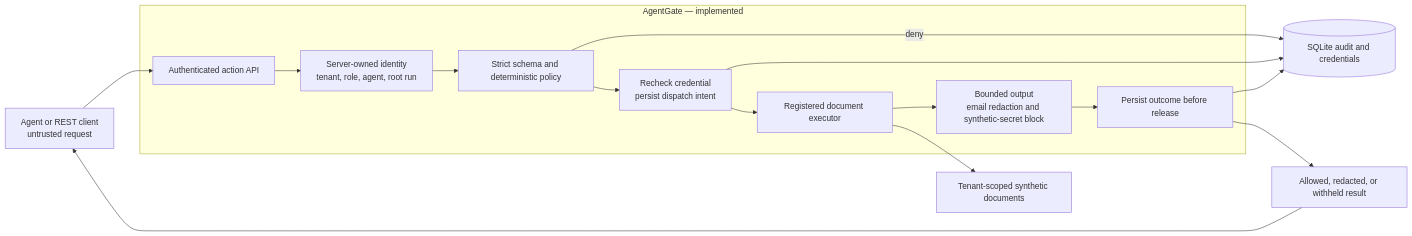
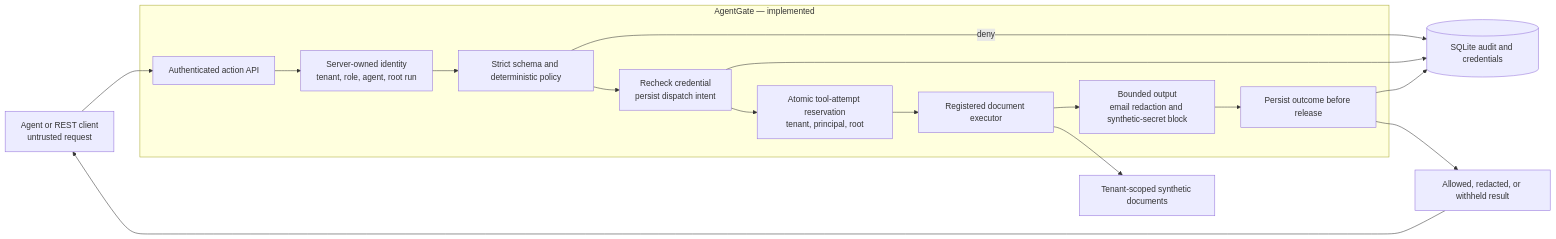
One commit to bsisduck/laya-layer changed the first of 3 diagrams in docs/architecture.md. Above: the diagram before and after it, drawn with Mermaid. The commit also changed other lines of this file and 21 other files, not shown here.

````diff
--- a/docs/architecture.md
+++ b/docs/architecture.md
@@ -9,18 +9,19 @@
 ```mermaid
 flowchart LR
     Client["Agent or REST client<br/>untrusted request"] --> API["Authenticated action API"]
     subgraph Gateway["AgentGate — implemented"]
         API --> Identity["Server-owned identity<br/>tenant, role, agent, root run"]
         Identity --> Policy["Strict schema and deterministic policy"]
         Policy --> Intent["Recheck credential<br/>persist dispatch intent"]
-        Intent --> Executor["Registered document executor"]
+        Intent --> Budget["Atomic tool-attempt reservation<br/>tenant, principal, root"]
+        Budget --> Executor["Registered document executor"]
         Executor --> Filter["Bounded output<br/>email redaction and synthetic-secret block"]
         Filter --> Outcome["Persist outcome before release"]
     end
     Policy -- deny --> Audit[("SQLite audit and credentials")]
     Intent --> Audit
     Outcome --> Audit
     Executor --> Fixtures["Tenant-scoped synthetic documents"]
     Outcome --> Response["Allowed, redacted, or withheld result"]
     Response --> Client
 ```
````
